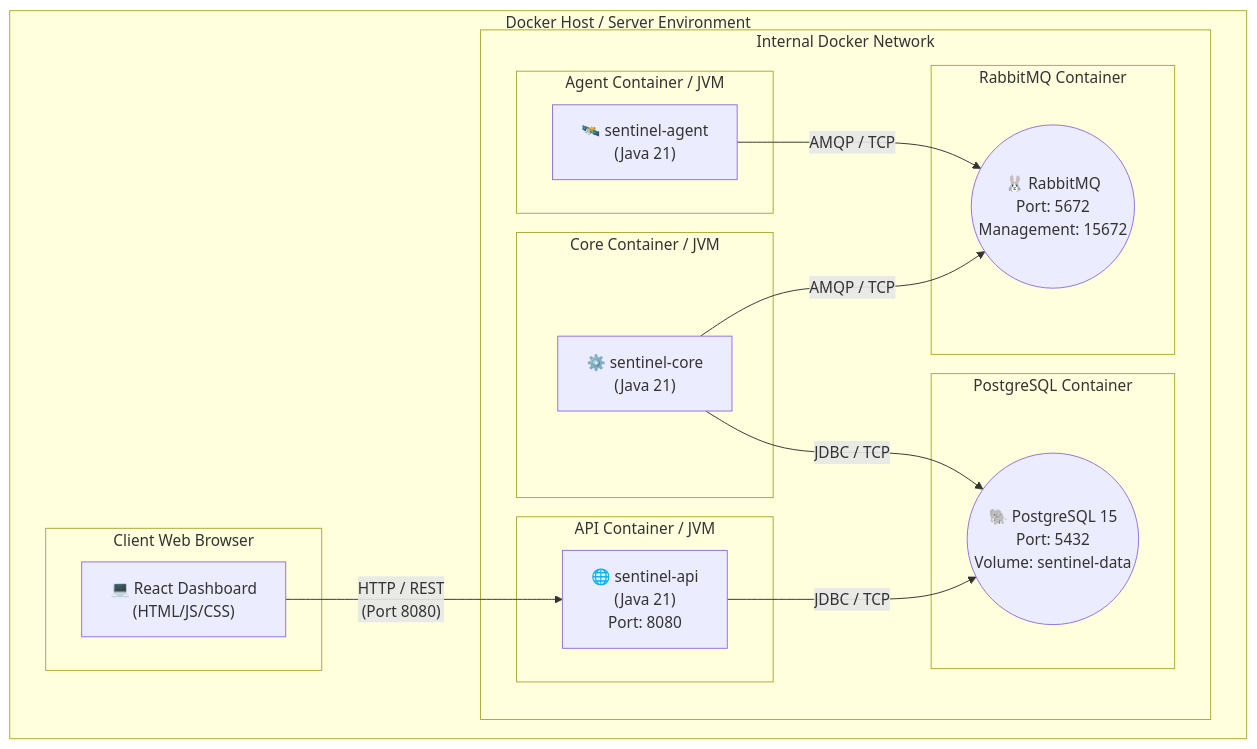
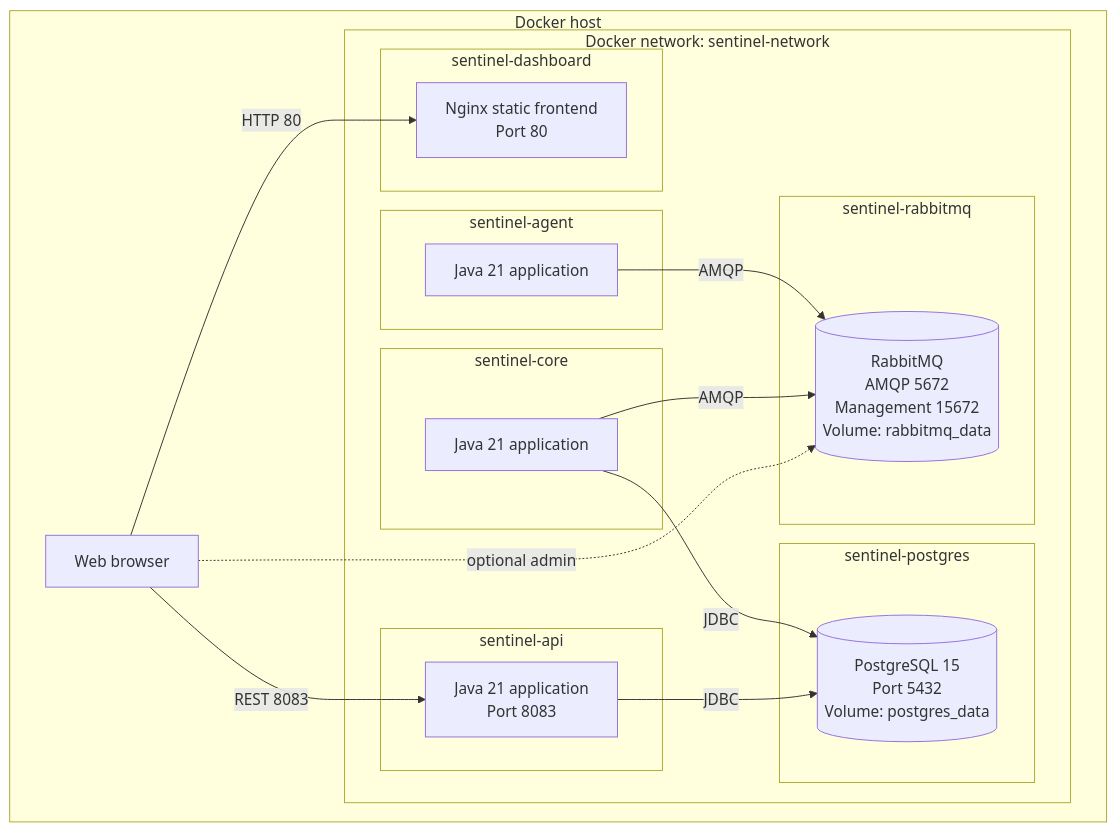
The diagram in docs/uml/Deployment_UML.md (ZGr3Y/sentinel-distributed-siem), drawn with Mermaid before and after one commit. The commit also changed other lines of this file and 7 other files, not shown here.

Commit message:
docs: add project guidelines covering architecture, build, test, coding conventions, and pitfalls

````diff
--- a/docs/uml/Deployment_UML.md
+++ b/docs/uml/Deployment_UML.md
@@ -5,42 +5,43 @@
 ```mermaid
 flowchart TB
-    subgraph Host["Docker Host / Server Environment"]
-        
-        subgraph Network_Backend["Internal Docker Network"]
-            
-            subgraph Container_Broker["RabbitMQ Container"]
-                RMQ(("🐰 RabbitMQ\nPort: 5672\nManagement: 15672"))
+    subgraph Host["Docker host"]
+        subgraph Network["Docker network: sentinel-network"]
+            subgraph PostgresContainer["sentinel-postgres"]
+                PG[("PostgreSQL 15\nPort 5432\nVolume: postgres_data")]
             end
-            
-            subgraph Container_DB["PostgreSQL Container"]
-                PG(("🐘 PostgreSQL 15\nPort: 5432\nVolume: sentinel-data"))
+
+            subgraph RabbitContainer["sentinel-rabbitmq"]
+                RMQ[("RabbitMQ\nAMQP 5672\nManagement 15672\nVolume: rabbitmq_data")]
             end
-            
-            subgraph JVM_Agent["Agent Container / JVM"]
-                App_Agent["🛰️ sentinel-agent\n(Java 21)"]
+
+            subgraph AgentContainer["sentinel-agent"]
+                AgentApp["Java 21 application"]
             end
-            
-            subgraph JVM_Core["Core Container / JVM"]
-                App_Core["⚙️ sentinel-core\n(Java 21)"]
+
+            subgraph CoreContainer["sentinel-core"]
+                CoreApp["Java 21 application"]
             end
-            
-            subgraph JVM_API["API Container / JVM"]
-                App_API["🌐 sentinel-api\n(Java 21)\nPort: 8080"]
+
+            subgraph ApiContainer["sentinel-api"]
+                ApiApp["Java 21 application\nPort 8083"]
             end
-            
-            %% Connections
-            App_Agent -- "AMQP / TCP" --> RMQ
-            App_Core -- "AMQP / TCP" --> RMQ
-            App_Core -- "JDBC / TCP" --> PG
-            App_API -- "JDBC / TCP" --> PG
-            
+
+            subgraph DashboardContainer["sentinel-dashboard"]
+                DashboardNginx["Nginx static frontend\nPort 80"]
+            end
         end
-        
-        subgraph Web_Client["Client Web Browser"]
-            ReactUI["💻 React Dashboard\n(HTML/JS/CSS)"]
-        end
-        
-        %% External Connection
-        ReactUI -- "HTTP / REST\n(Port 8080)" --> App_API
+
+        Browser["Web browser"]
     end
+
+    %% Internal service communication
+    AgentApp -- AMQP --> RMQ
+    CoreApp -- AMQP --> RMQ
+    CoreApp -- JDBC --> PG
+    ApiApp -- JDBC --> PG
+
+    %% External access paths
+    Browser -- HTTP 80 --> DashboardNginx
+    Browser -- REST 8083 --> ApiApp
+    Browser -. optional admin .-> RMQ
 ```
````
